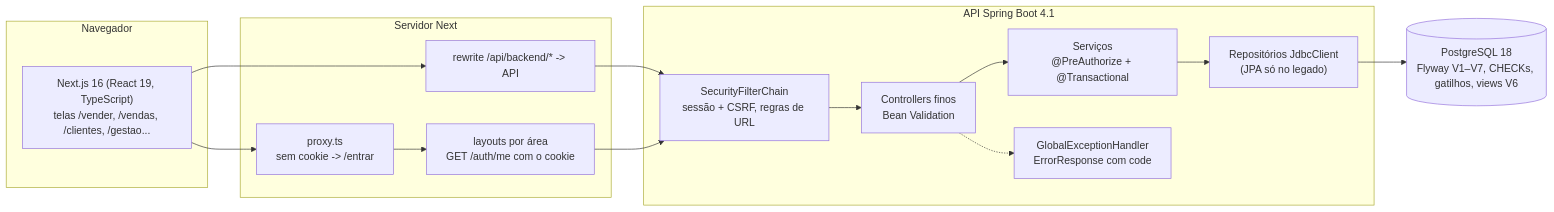
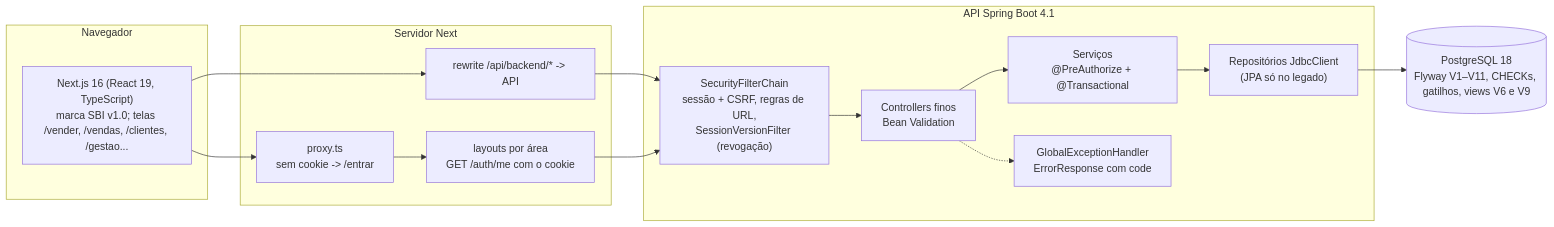
Before and after one commit to matheussiqueira-dev/Conformidade-de-Contrato-da-API-REST: the first of 2 diagrams in docs/arquitetura.md, drawn with Mermaid. The commit also changed other lines of this file and 1 other file, not shown here.

Commit message:
docs: update architecture and traceability for the evolution packages

````diff
--- a/docs/arquitetura.md
+++ b/docs/arquitetura.md
@@ -5,23 +5,23 @@
 ```mermaid
 flowchart LR
   subgraph Navegador
-    UI["Next.js 16 (React 19, TypeScript)<br/>telas /vender, /vendas, /clientes, /gestao..."]
+    UI["Next.js 16 (React 19, TypeScript)<br/>marca SBI v1.0; telas /vender, /vendas, /clientes, /gestao..."]
   end
   subgraph "Servidor Next"
     PX["proxy.ts<br/>sem cookie -> /entrar"]
     SSR["layouts por área<br/>GET /auth/me com o cookie"]
     RW["rewrite /api/backend/* -> API"]
   end
   subgraph "API Spring Boot 4.1"
-    SEC["SecurityFilterChain<br/>sessão + CSRF, regras de URL"]
+    SEC["SecurityFilterChain<br/>sessão + CSRF, regras de URL,<br/>SessionVersionFilter (revogação)"]
     CTL["Controllers finos<br/>Bean Validation"]
     SVC["Serviços<br/>@PreAuthorize + @Transactional"]
     REPO["Repositórios JdbcClient<br/>(JPA só no legado)"]
     ERR["GlobalExceptionHandler<br/>ErrorResponse com code"]
   end
-  DB[("PostgreSQL 18<br/>Flyway V1–V7, CHECKs, gatilhos, views V6")]
+  DB[("PostgreSQL 18<br/>Flyway V1–V11, CHECKs, gatilhos, views V6 e V9")]
   UI --> PX --> SSR
   UI --> RW --> SEC --> CTL --> SVC --> REPO --> DB
   CTL -.-> ERR
   SSR --> SEC
 ```
````
